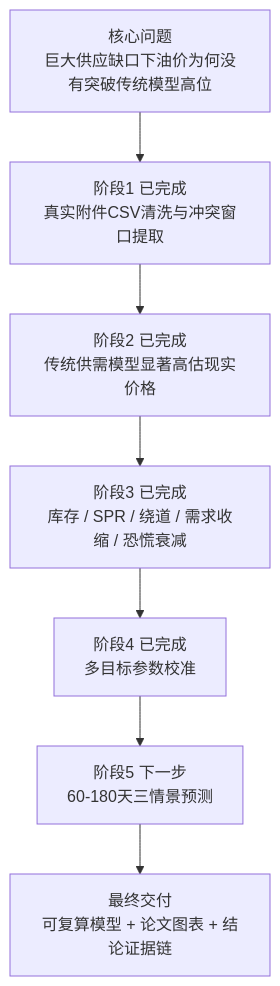
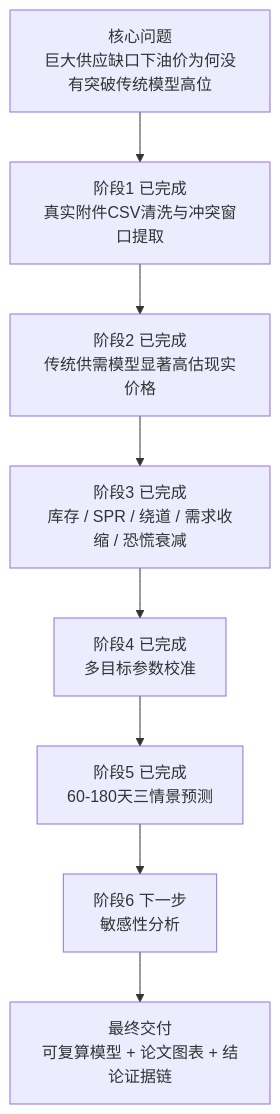
Before and after one commit to Timcai06/-A-: the second of 3 diagrams in README.md, drawn with Mermaid. The commit also changed other lines of this file and 12 other files, not shown here.

````diff
--- a/README.md
+++ b/README.md
@@ -31,12 +31,13 @@
 ```mermaid
 flowchart TB
     Goal["核心问题<br/>巨大供应缺口下油价为何没有突破传统模型高位"]
     Data["阶段1 已完成<br/>真实附件CSV清洗与冲突窗口提取"]
     Baseline["阶段2 已完成<br/>传统供需模型显著高估现实价格"]
     Dynamic["阶段3 已完成<br/>库存 / SPR / 绕道 / 需求收缩 / 恐慌衰减"]
     Calibration["阶段4 已完成<br/>多目标参数校准"]
-    Scenario["阶段5 下一步<br/>60-180天三情景预测"]
+    Scenario["阶段5 已完成<br/>60-180天三情景预测"]
+    Sensitivity["阶段6 下一步<br/>敏感性分析"]
     Paper["最终交付<br/>可复算模型 + 论文图表 + 结论证据链"]
 
-    Goal --> Data --> Baseline --> Dynamic --> Calibration --> Scenario --> Paper
+    Goal --> Data --> Baseline --> Dynamic --> Calibration --> Scenario --> Sensitivity --> Paper
 ```
````
